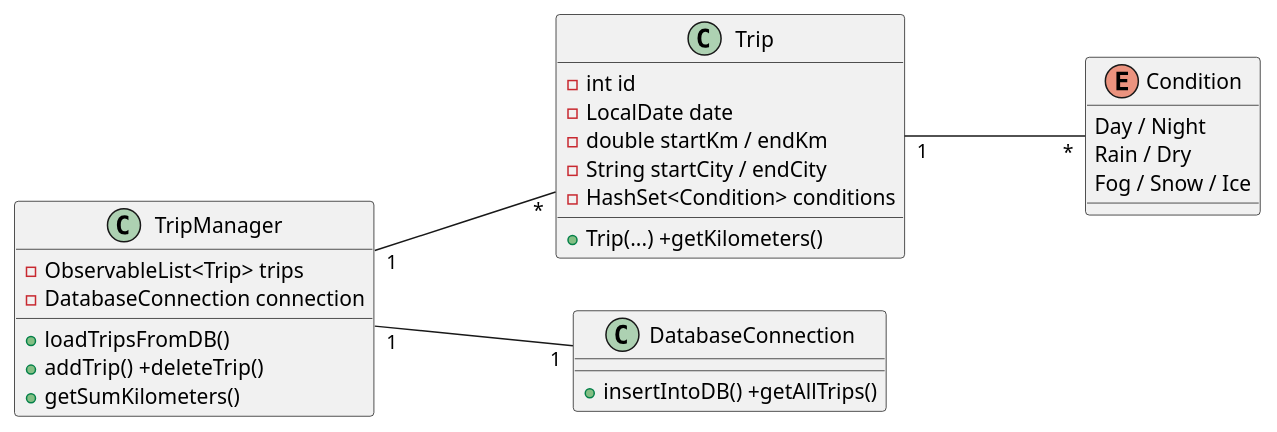
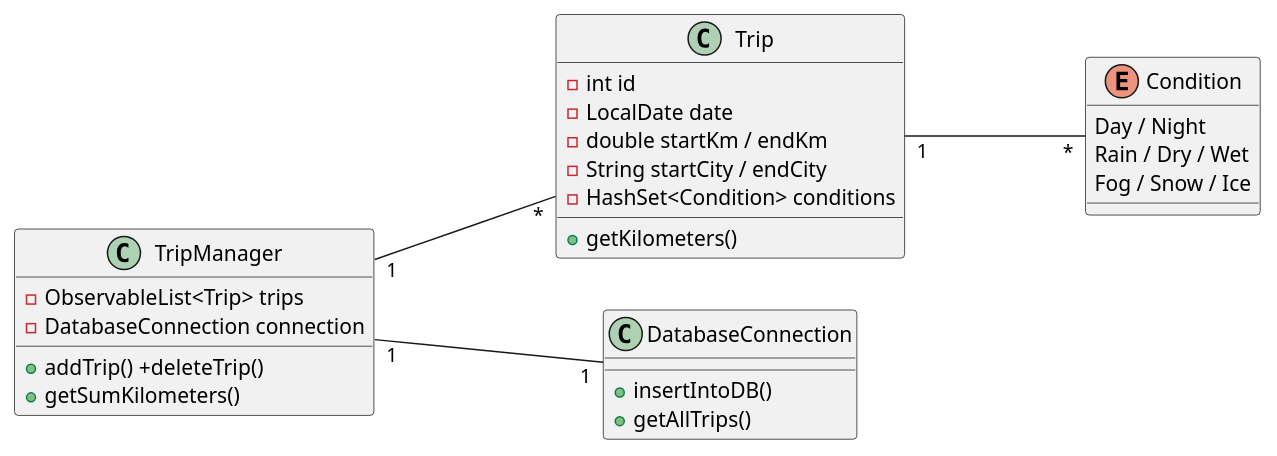
The second of 3 diagrams in asciidocs/slides/presentation.adoc (JBrunnerhtl/Driving_Tracker_Java_Docs), drawn with PlantUML before and after one commit. The commit also changed other lines of this file, not shown here.

Commit message:
fixed diagrams

```diff
--- a/asciidocs/slides/presentation.adoc
+++ b/asciidocs/slides/presentation.adoc
@@ -128,40 +128,40 @@
-[plantuml, classdia, svg, width=90%, height=500]
+[plantuml, classdia, svg]
 ----
 @startuml
 left to right direction
 
 class Trip {
     -int id
     -LocalDate date
     -double startKm / endKm
     -String startCity / endCity
     -HashSet<Condition> conditions
     
-    +Trip(...) +getKilometers()
+    +getKilometers()
 }
 
 class TripManager {
     -ObservableList<Trip> trips
     -DatabaseConnection connection
     
-    +loadTripsFromDB()
     +addTrip() +deleteTrip()
     +getSumKilometers()
 }
 
 class DatabaseConnection {
-    +insertIntoDB() +getAllTrips()
+    +insertIntoDB()
+    +getAllTrips()
 }
 
 enum Condition {
     Day / Night
-    Rain / Dry
+    Rain / Dry / Wet
     Fog / Snow / Ice
 }
 
 Trip "1" --- "*" Condition
 TripManager "1" --- "*" Trip
 TripManager "1" --- "1" DatabaseConnection
 
 @enduml
 ----
```
